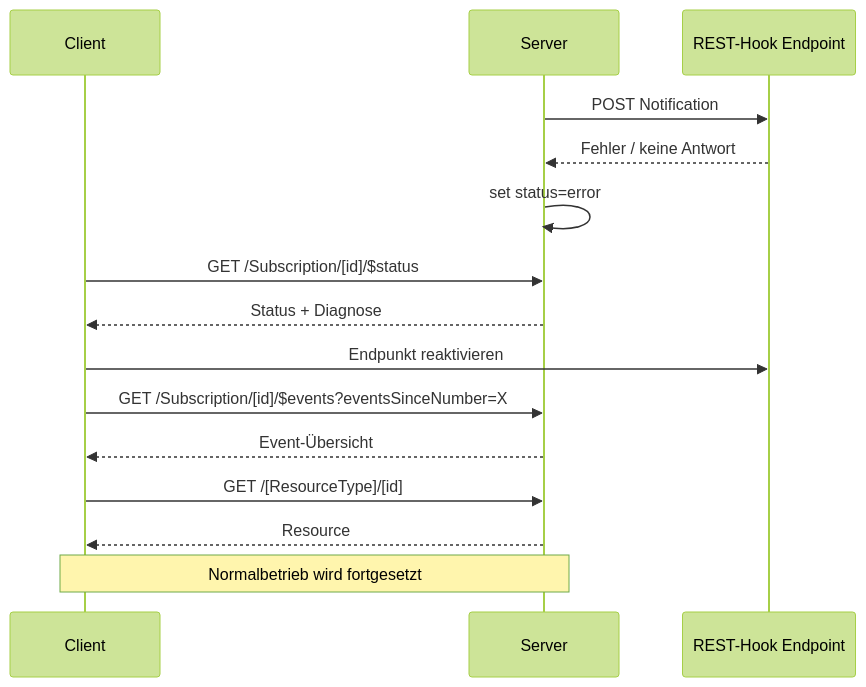
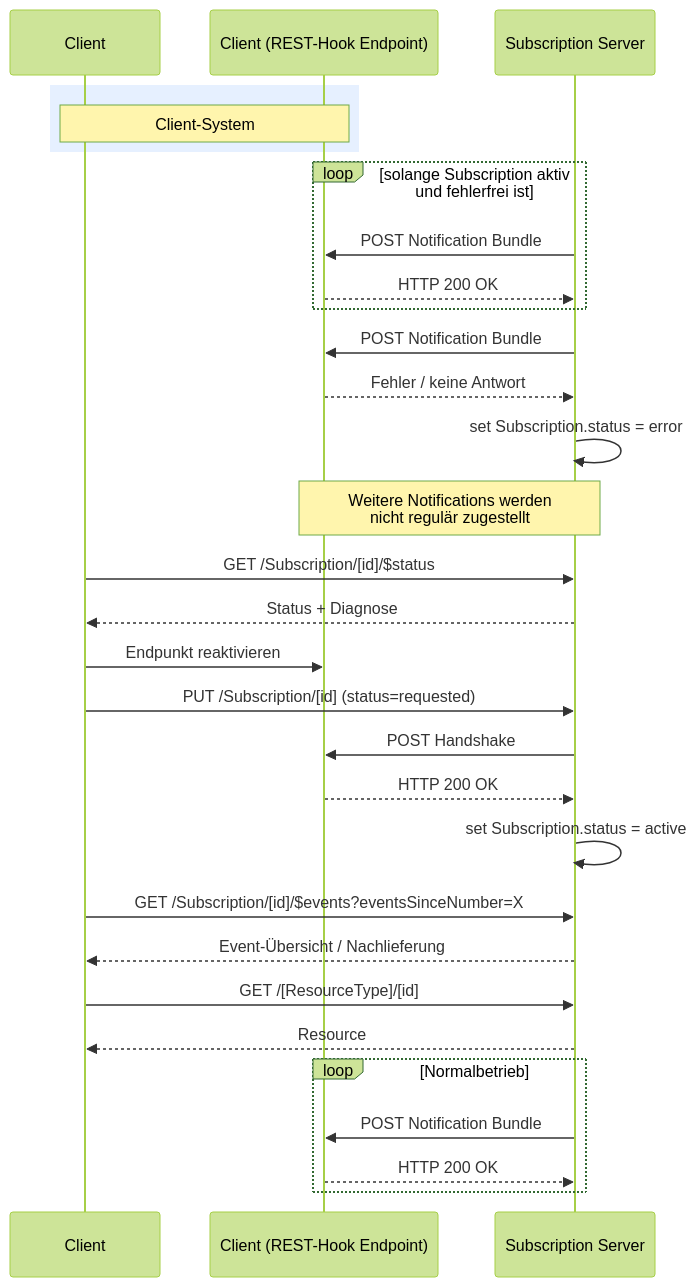
Before and after one commit to gematik/spec-ISiK-Basismodul: the second of 2 diagrams in publisher-guides/Subscription/input/pagecontent/FunktionenInteraktionen.md, drawn with Mermaid (forest theme). The commit also changed other lines of this file and 45 other files, not shown here.

````diff
--- a/publisher-guides/Subscription/input/pagecontent/FunktionenInteraktionen.md
+++ b/publisher-guides/Subscription/input/pagecontent/FunktionenInteraktionen.md
@@ -120,24 +143,42 @@
 ```mermaid
 sequenceDiagram
     participant Client
-    participant Server
-    participant Endpoint as REST-Hook Endpoint
+    participant Endpoint as Client (REST-Hook Endpoint)
+    participant Subscription Server
 
-    Server->>Endpoint: POST Notification
-    Endpoint-->>Server: Fehler / keine Antwort
+    rect rgb(230, 240, 255)
+    note over Client,Endpoint: Client-System
+    end
 
-    Server->>Server: set status=error
+    loop solange Subscription aktiv und fehlerfrei ist
+        Subscription Server->>Endpoint: POST Notification Bundle
+        Endpoint-->>Subscription Server: HTTP 200 OK
+    end
 
-    Client->>Server: GET /Subscription/[id]/$status
-    Server-->>Client: Status + Diagnose
+    Subscription Server->>Endpoint: POST Notification Bundle
+    Endpoint-->>Subscription Server: Fehler / keine Antwort
+
+    Subscription Server->>Subscription Server: set Subscription.status = error
+    Note over Subscription Server,Endpoint: Weitere Notifications werden<br/> nicht regulär zugestellt
+
+    Client->>Subscription Server: GET /Subscription/[id]/$status
+    Subscription Server-->>Client: Status + Diagnose
 
     Client->>Endpoint: Endpunkt reaktivieren
 
-    Client->>Server: GET /Subscription/[id]/$events?eventsSinceNumber=X
-    Server-->>Client: Event-Übersicht
+    Client->>Subscription Server: PUT /Subscription/[id] (status=requested)
+    Subscription Server->>Endpoint: POST Handshake
+    Endpoint-->>Subscription Server: HTTP 200 OK
+    Subscription Server->>Subscription Server: set Subscription.status = active
 
-    Client->>Server: GET /[ResourceType]/[id]
-    Server-->>Client: Resource
+    Client->>Subscription Server: GET /Subscription/[id]/$events?eventsSinceNumber=X
+    Subscription Server-->>Client: Event-Übersicht / Nachlieferung
 
-    Note over Client,Server: Normalbetrieb wird fortgesetzt
+    Client->>Subscription Server: GET /[ResourceType]/[id]
+    Subscription Server-->>Client: Resource
+
+    loop Normalbetrieb
+        Subscription Server->>Endpoint: POST Notification Bundle
+        Endpoint-->>Subscription Server: HTTP 200 OK
+    end
 ```
````
